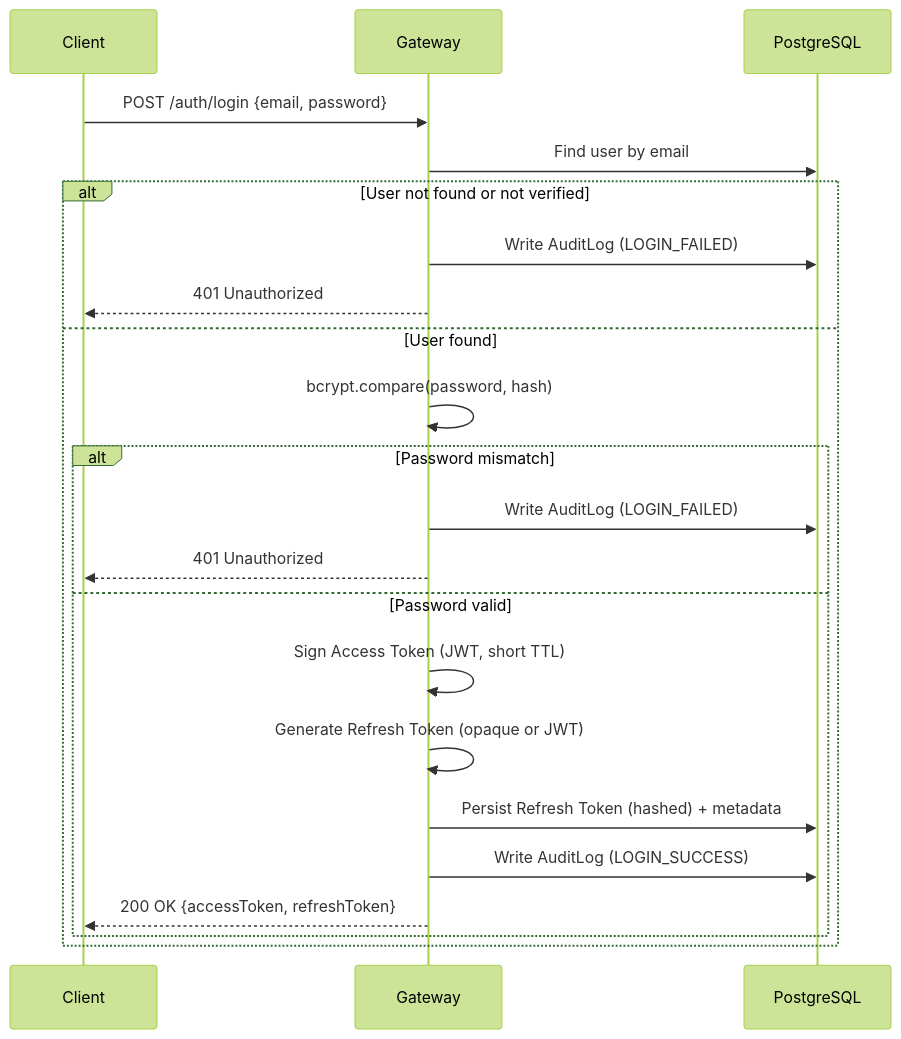
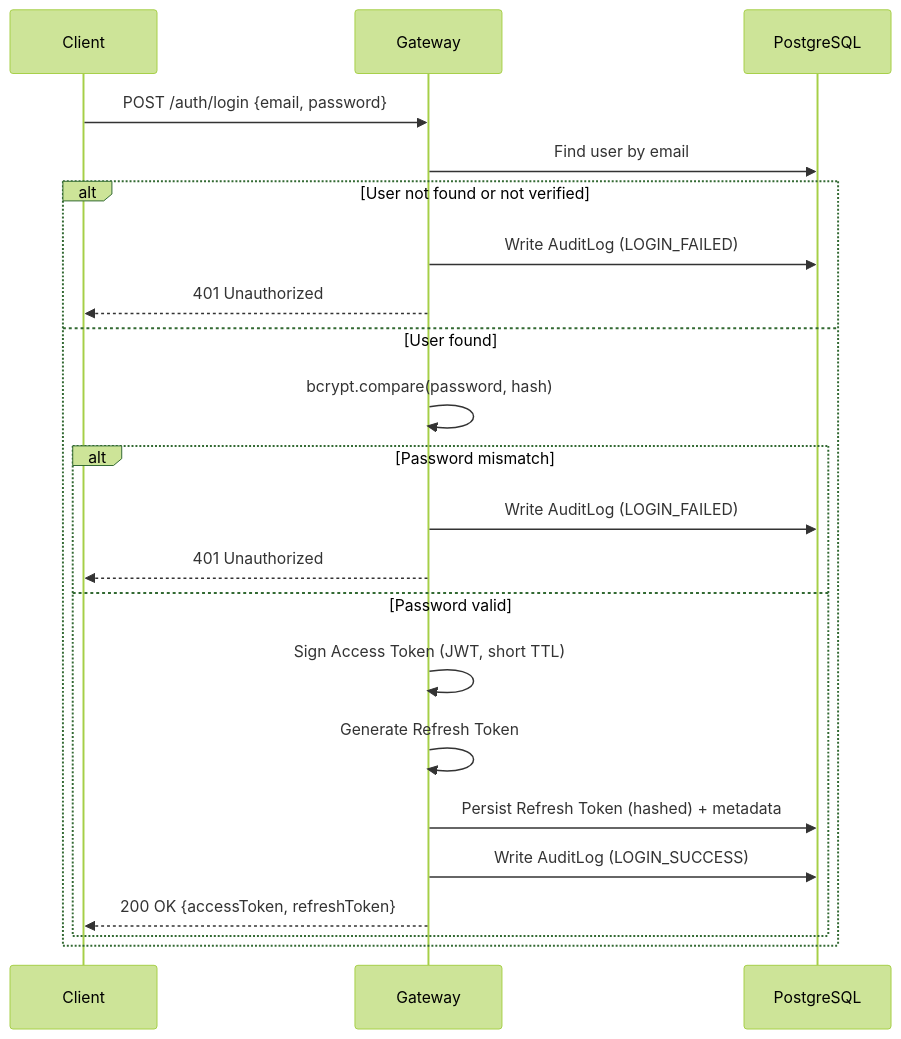
The third of 10 diagrams in README.md (ahmedmedhat-se/authentication-gateway), drawn with Mermaid (forest theme) before and after one commit. The commit also changed other lines of this file, not shown here.

````diff
--- a/README.md
+++ b/README.md
@@ -403,25 +460,25 @@
 ```mermaid
 sequenceDiagram
     participant C as Client
     participant G as Gateway
     participant DB as PostgreSQL
 
     C->>G: POST /auth/login {email, password}
     G->>DB: Find user by email
     alt User not found or not verified
         G->>DB: Write AuditLog (LOGIN_FAILED)
         G-->>C: 401 Unauthorized
     else User found
         G->>G: bcrypt.compare(password, hash)
         alt Password mismatch
             G->>DB: Write AuditLog (LOGIN_FAILED)
             G-->>C: 401 Unauthorized
         else Password valid
             G->>G: Sign Access Token (JWT, short TTL)
-            G->>G: Generate Refresh Token (opaque or JWT)
+            G->>G: Generate Refresh Token
             G->>DB: Persist Refresh Token (hashed) + metadata
             G->>DB: Write AuditLog (LOGIN_SUCCESS)
             G-->>C: 200 OK {accessToken, refreshToken}
         end
     end
 ```
````
